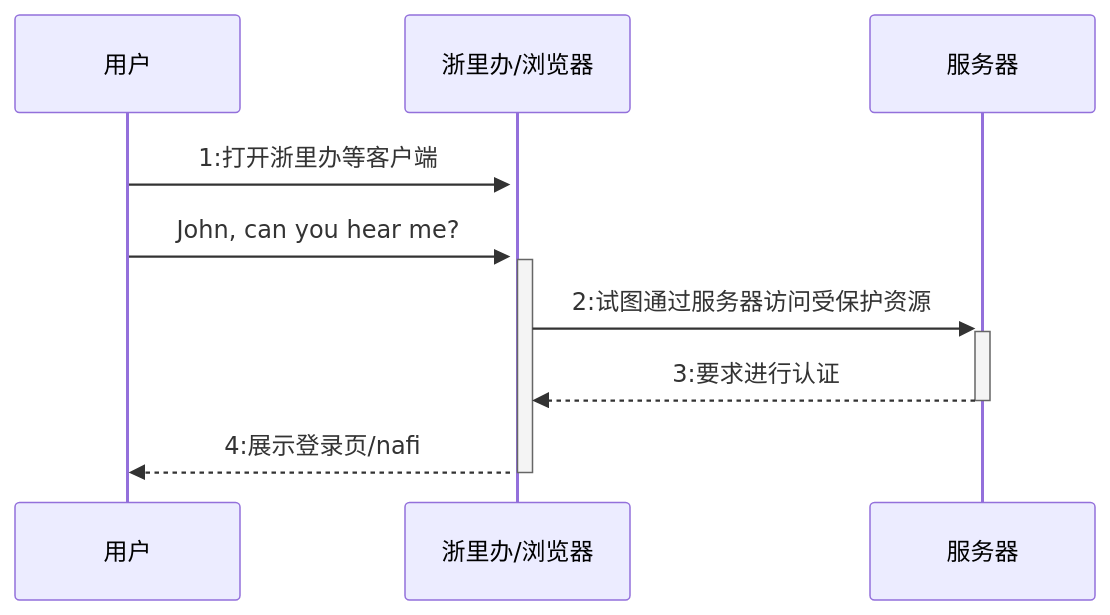
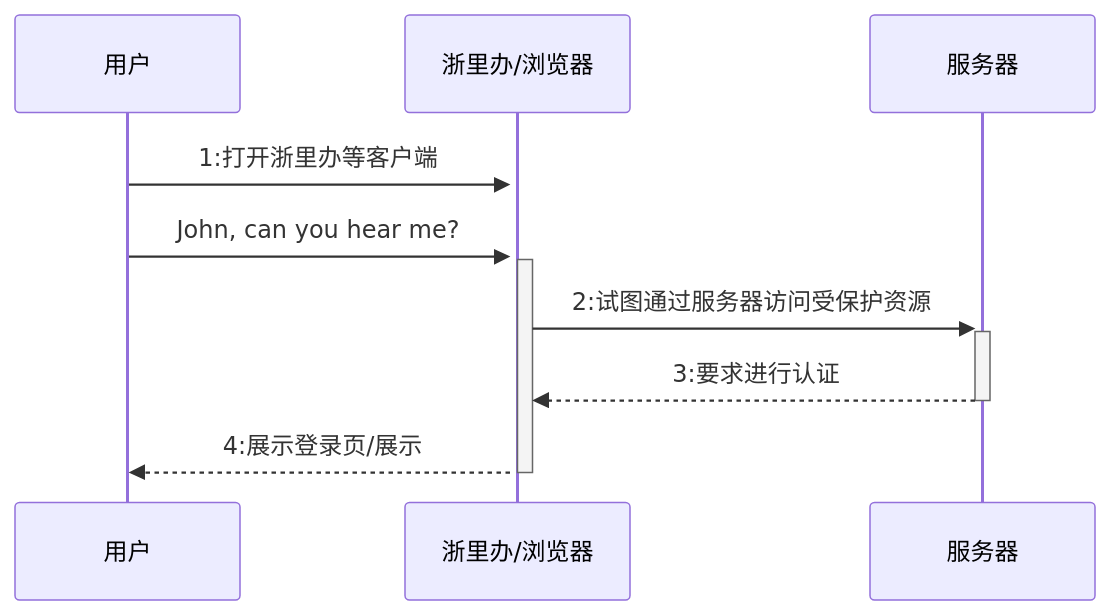
The diagram in all/居民端时序图.md (fifuntop/iodraw-files), drawn with Mermaid before and after one commit.

Commit message:
2024-03-14 14:54:14 update

````diff
--- a/all/居民端时序图.md
+++ b/all/居民端时序图.md
@@ -1,9 +1,9 @@
 ```mermaid
 sequenceDiagram
     用户->>+浙里办/浏览器: 1:打开浙里办等客户端
     用户->>+浙里办/浏览器: John, can you hear me?
     浙里办/浏览器->>+服务器: 2:试图通过服务器访问受保护资源
     服务器-->>-浙里办/浏览器: 3:要求进行认证
-    浙里办/浏览器-->>-用户: 4:展示登录页/nafi
+    浙里办/浏览器-->>-用户: 4:展示登录页/展示
             
 ```
````
